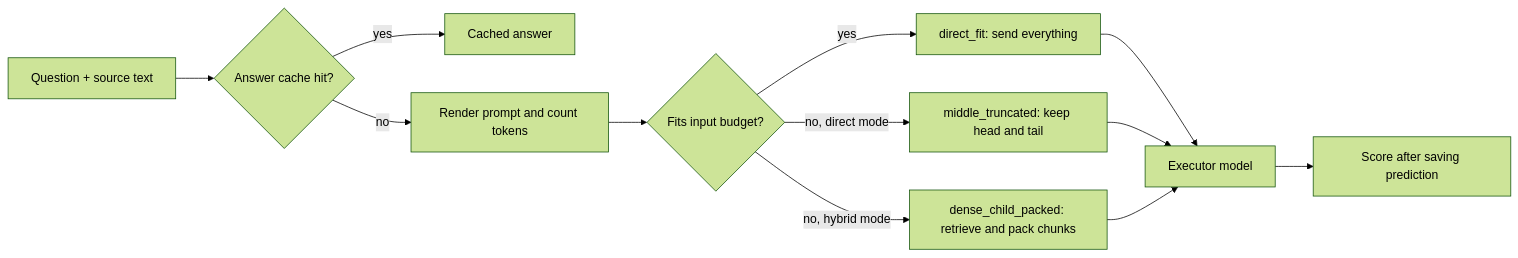
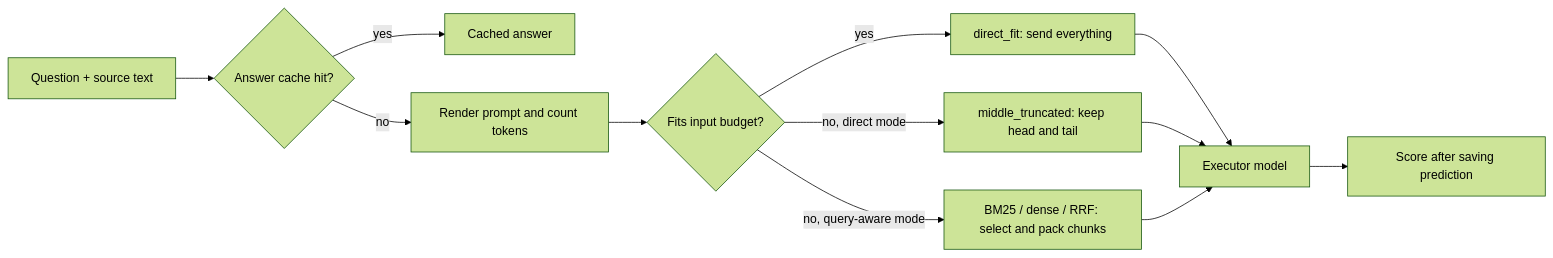
The diagram in content/Projects/Budget-Aware Long-Context Execution.md (engindenizdogu/harbor), drawn with Mermaid (forest theme) before and after one commit. The commit also changed other lines of this file and 5 other files, not shown here.

````diff
--- a/content/Projects/Budget-Aware Long-Context Execution.md
+++ b/content/Projects/Budget-Aware Long-Context Execution.md
@@ -31,14 +31,14 @@
 ```mermaid
 flowchart LR
     Q[Question + source text] --> C{Answer cache hit?}
     C -->|yes| A[Cached answer]
     C -->|no| R[Render prompt and count tokens]
     R --> F{Fits input budget?}
     F -->|yes| D[direct_fit: send everything]
     F -->|no, direct mode| T[middle_truncated: keep head and tail]
-    F -->|no, hybrid mode| H[dense_child_packed: retrieve and pack chunks]
+    F -->|no, query-aware mode| H[BM25 / dense / RRF: select and pack chunks]
     D --> M[Executor model]
     T --> M
     H --> M
     M --> S[Score after saving prediction]
 ```
````
